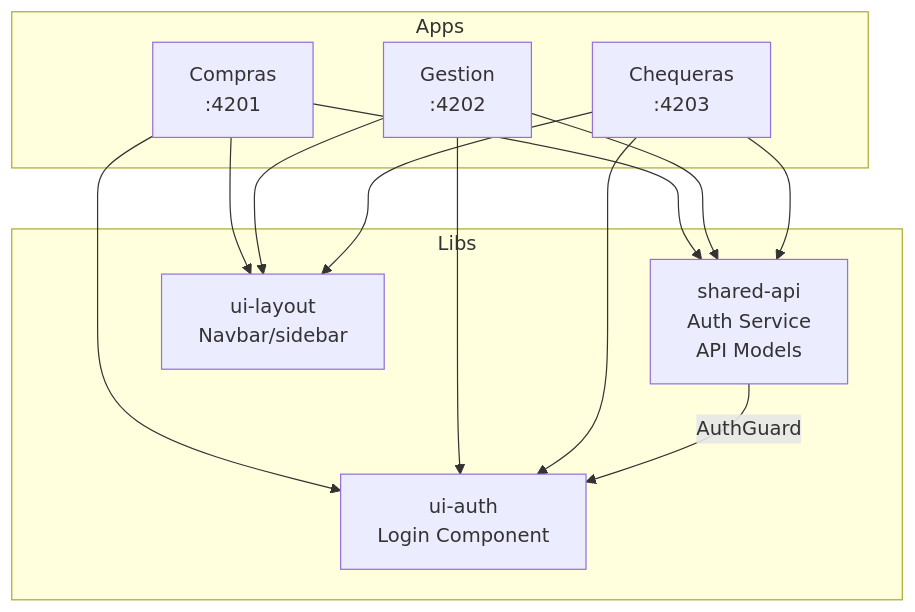
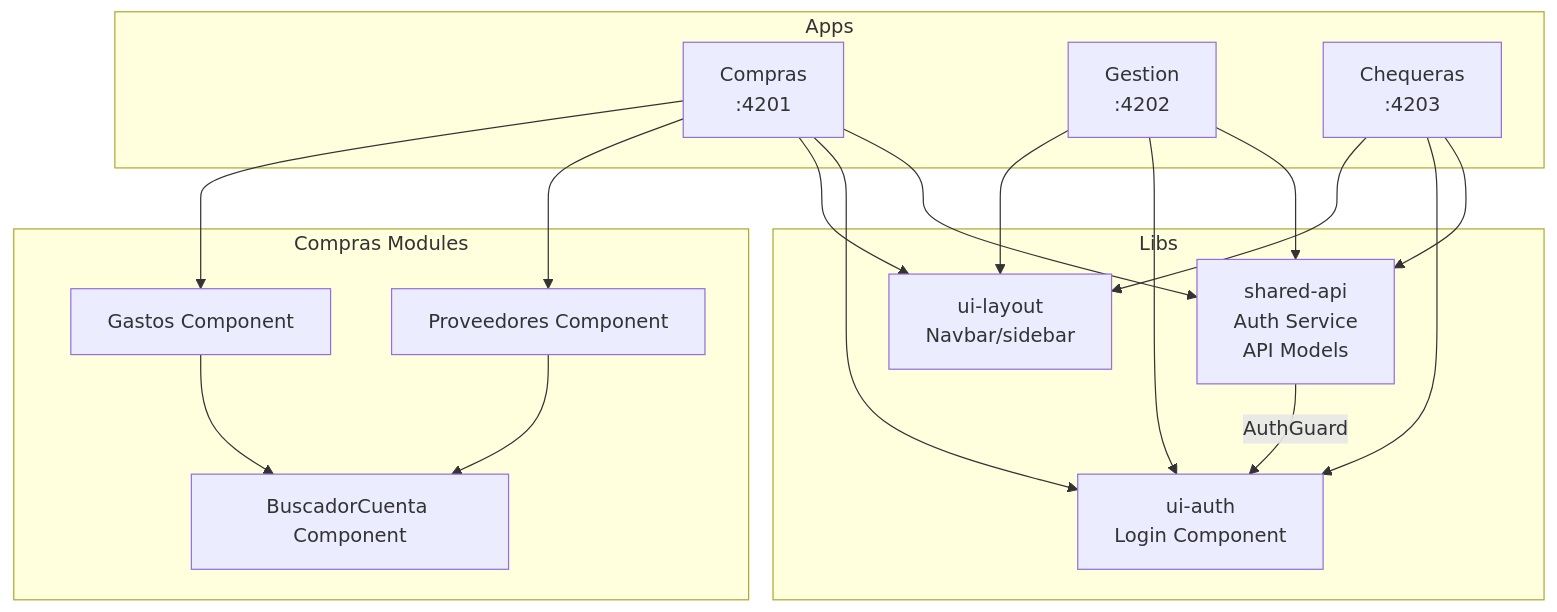
The diagram in README.md (UM-services/UM.tesoreria.frontend-client), drawn with Mermaid before and after one commit. The commit also changed other lines of this file and 9 other files, not shown here.

First line of the commit message:
feat(compras): add Gastos module for v0.4.0

````diff
--- a/README.md
+++ b/README.md
@@ -56,26 +56,37 @@
 ```mermaid
 graph TB
     subgraph Apps
         C[Compras<br/>:4201]
         G[Gestion<br/>:4202]
         Q[Chequeras<br/>:4203]
+    end
+
+    subgraph "Compras Modules"
+        PROV[Proveedores Component]
+        GAST[Gastos Component]
+        BUSC[BuscadorCuenta Component]
     end
 
     subgraph Libs
         API[shared-api<br/>Auth Service<br/>API Models]
         AUTH[ui-auth<br/>Login Component]
         LAYOUT[ui-layout<br/>Navbar/sidebar]
     end
 
     C --> API
     C --> AUTH
     C --> LAYOUT
+    C --> PROV
+    C --> GAST
+    PROV --> BUSC
+    GAST --> BUSC
+
     G --> API
     G --> AUTH
     G --> LAYOUT
     Q --> API
     Q --> AUTH
     Q --> LAYOUT
 
     API --> |AuthGuard| AUTH
 ```
````
